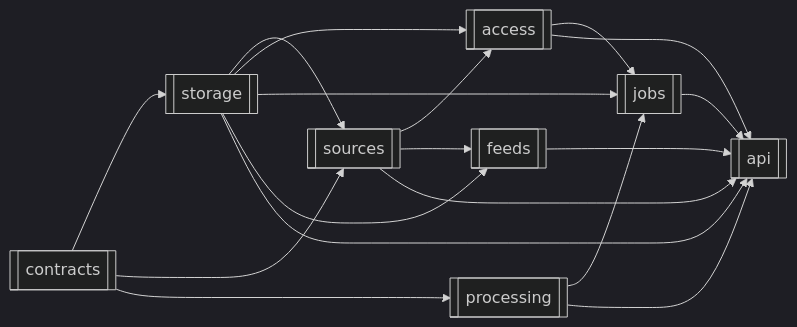
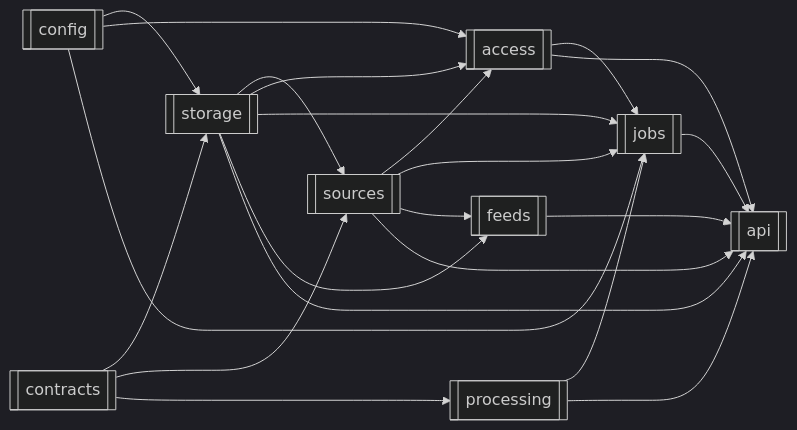
Before and after one commit to haruperi/HaruQuantAI: the second of 3 diagrams in app/services/data/README.md, drawn with Mermaid (dark theme). The commit also changed other lines of this file and 128 other files, not shown here.

````diff
--- a/app/services/data/README.md
+++ b/app/services/data/README.md
@@ -244,29 +250,34 @@
 ```mermaid
 flowchart LR
+    CFG[[config]]
     C[[contracts]]
     S[[storage]]
     R[[sources]]
     A[[access]]
     P[[processing]]
     J[[jobs]]
     F[[feeds]]
     API[[api]]
 
+    CFG --> S
+    CFG --> A
+    CFG --> J
     C --> S
     C --> R
     C --> P
     S --> R
     S --> A
     R --> A
     S --> J
     A --> J
     P --> J
+    R --> J
     S --> F
     R --> F
     A --> API
     P --> API
     S --> API
     R --> API
     J --> API
     F --> API
 ```
````
